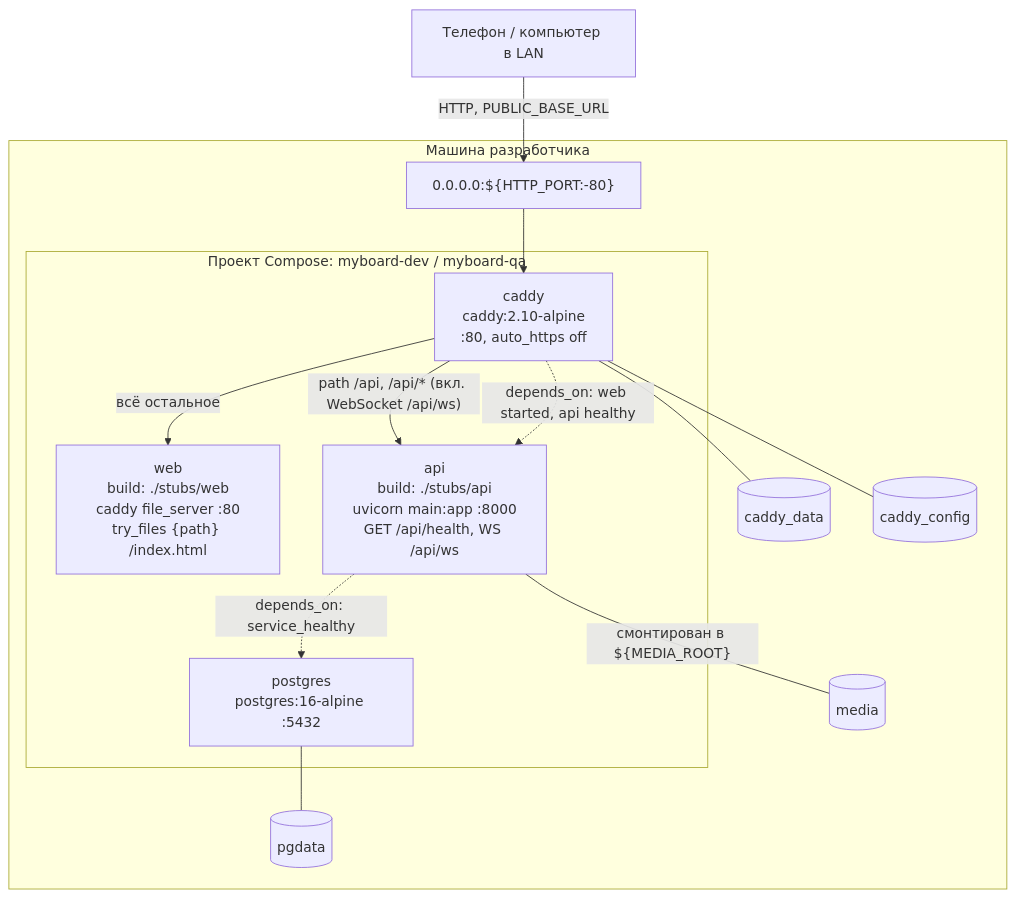
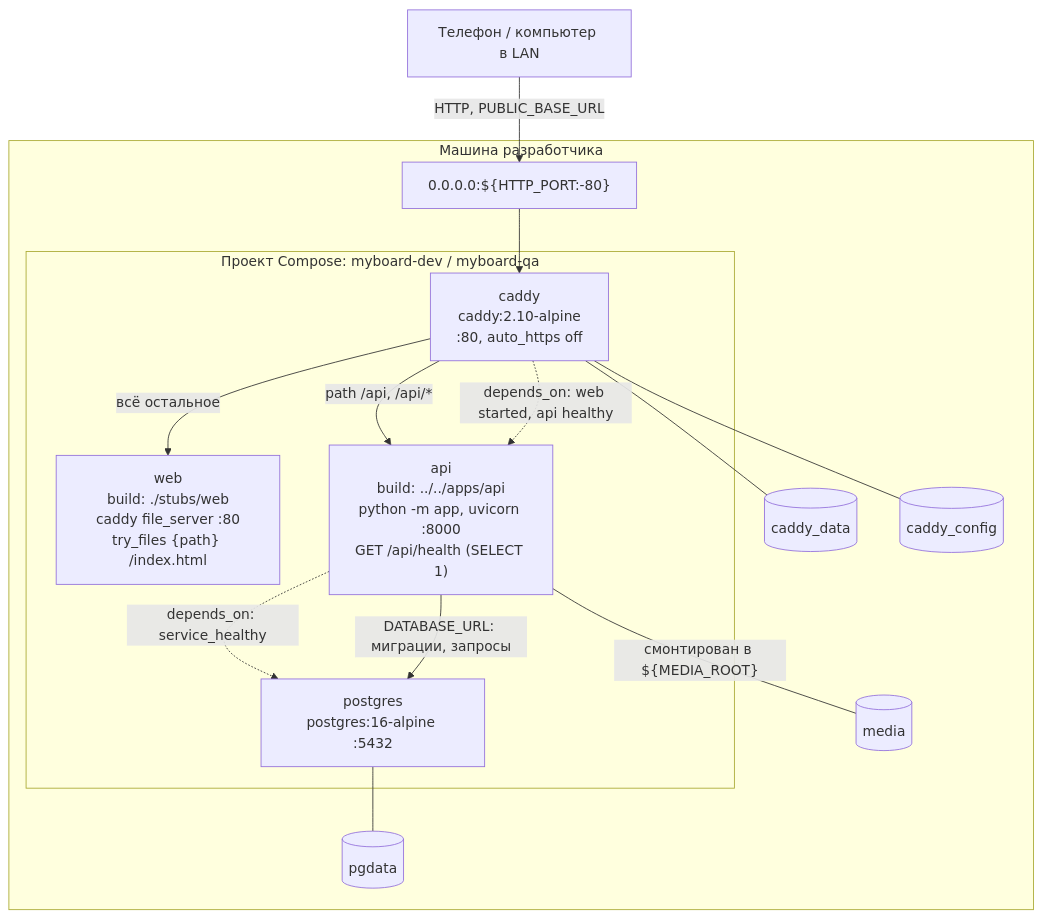
Before and after one commit to shumakove/myboard: the first of 3 diagrams in uml/deployment.md, drawn with Mermaid. The commit also changed other lines of this file and 3 other files, not shown here.

Commit message:
T0.2: Обновить UML-схемы каркаса API

````diff
--- a/uml/deployment.md
+++ b/uml/deployment.md
@@ -7,28 +7,29 @@
 ```mermaid
 flowchart TB
   phone[Телефон / компьютер в LAN]
   subgraph host [Машина разработчика]
     port["0.0.0.0:${HTTP_PORT:-80}"]
     subgraph compose [Проект Compose: myboard-dev / myboard-qa]
       caddy["caddy<br/>caddy:2.10-alpine<br/>:80, auto_https off"]
       web["web<br/>build: ./stubs/web<br/>caddy file_server :80<br/>try_files {path} /index.html"]
-      api["api<br/>build: ./stubs/api<br/>uvicorn main:app :8000<br/>GET /api/health, WS /api/ws"]
+      api["api<br/>build: ../../apps/api<br/>python -m app, uvicorn :8000<br/>GET /api/health (SELECT 1)"]
       postgres["postgres<br/>postgres:16-alpine :5432"]
     end
     vpg[(pgdata)]
     vmedia[(media)]
     vcdata[(caddy_data)]
     vcconf[(caddy_config)]
   end
 
   phone -->|"HTTP, PUBLIC_BASE_URL"| port
   port --> caddy
-  caddy -->|"path /api, /api/* (вкл. WebSocket /api/ws)"| api
+  caddy -->|"path /api, /api/*"| api
   caddy -->|"всё остальное"| web
   api -. "depends_on: service_healthy" .-> postgres
+  api -->|"DATABASE_URL: миграции, запросы"| postgres
   caddy -. "depends_on: web started, api healthy" .-> api
   postgres --- vpg
   api ---|"смонтирован в ${MEDIA_ROOT}"| vmedia
   caddy --- vcdata
   caddy --- vcconf
 ```
````
